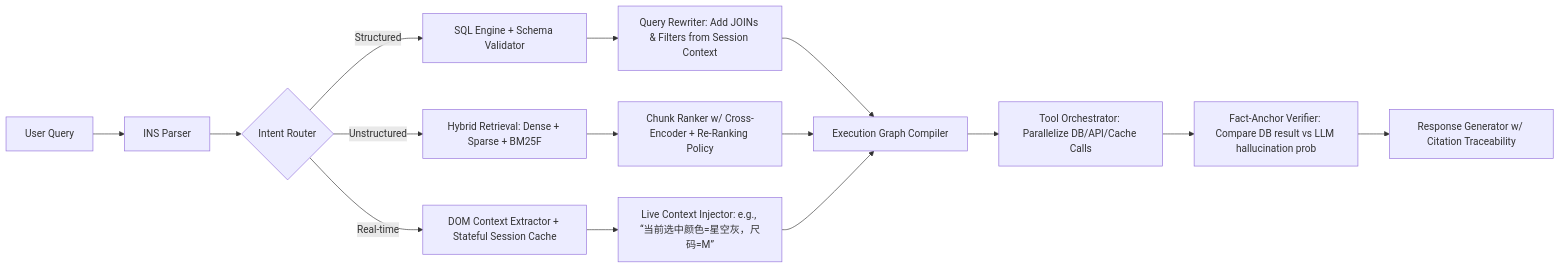
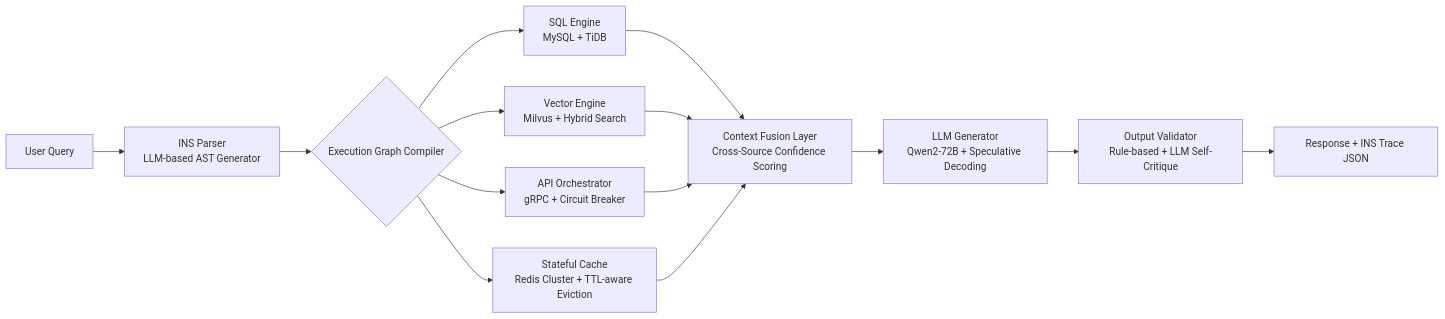
The diagram in 05-RAG检索增强生成/agentic-rag.md (liuwei1993/ai-llm-agent-knowledge), drawn with Mermaid before and after one commit. The commit also changed other lines of this file and 5 other files, not shown here.

Commit message:
并行扩写5篇: 重排序方法, Graph-RAG, Agentic-RAG 等5篇

````diff
--- a/05-RAG检索增强生成/agentic-rag.md
+++ b/05-RAG检索增强生成/agentic-rag.md
@@ -38,15 +58,13 @@
 ```mermaid
 graph LR
-A[User Query] --> B[INS Parser]
-B --> C{Intent Router}
-C -->|Structured| D[SQL Engine + Schema Validator]
-C -->|Unstructured| E[Hybrid Retrieval: Dense + Sparse + BM25F]
-C -->|Real-time| F[DOM Context Extractor + Stateful Session Cache]
-D --> G[Query Rewriter: Add JOINs & Filters from Session Context]
-E --> H[Chunk Ranker w/ Cross-Encoder + Re-Ranking Policy]
-F --> I[Live Context Injector: e.g., “当前选中颜色=星空灰，尺码=M”]
-G & H & I --> J[Execution Graph Compiler]
-J --> K[Tool Orchestrator: Parallelize DB/API/Cache Calls]
-K --> L[Fact-Anchor Verifier: Compare DB result vs LLM hallucination prob]
-L --> M[Response Generator w/ Citation Traceability]
+A[User Query] --> B[INS Parser<br/>LLM-based AST Generator]
+B --> C{Execution Graph Compiler}
+C --> D[SQL Engine<br/>MySQL + TiDB]
+C --> E[Vector Engine<br/>Milvus + Hybrid Search]
+C --> F[API Orchestrator<br/>gRPC + Circuit Breaker]
+C --> G[Stateful Cache<br/>Redis Cluster + TTL-aware Eviction]
+D & E & F & G --> H[Context Fusion Layer<br/>Cross-Source Confidence Scoring]
+H --> I[LLM Generator<br/>Qwen2-72B + Speculative Decoding]
+I --> J[Output Validator<br/>Rule-based + LLM Self-Critique]
+J --> K[Response + INS Trace JSON]
 ```
````
